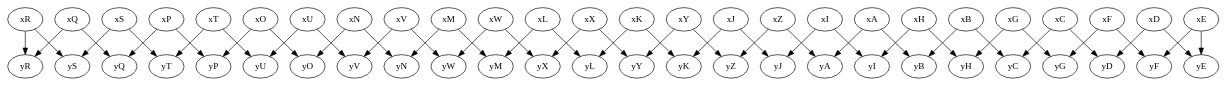
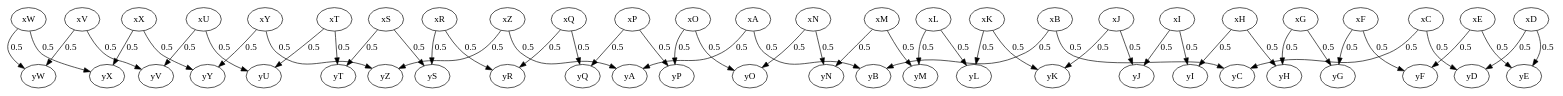
Before and after one commit to dilawar/Courses: the diagram in InformationTheory2015/Assignment04/channel_textbook.dot, drawn with Graphviz. The commit also changed 4 other files, not shown here.

```diff
--- a/InformationTheory2015/Assignment04/channel_textbook.dot
+++ b/InformationTheory2015/Assignment04/channel_textbook.dot
@@ -1,28 +1,28 @@
 digraph channel {
-    xA -> yA, yB [ prob = 0.5 ];
-    xB -> yB, yC [ prob = 0.5 ];
-    xC -> yC, yD [ prob = 0.5 ];
-    xD -> yD, yE [ prob = 0.5 ];
-    xE -> yE, yF [ prob = 0.5 ];
-    xF -> yF, yG [ prob = 0.5 ];
-    xG -> yG, yH [ prob = 0.5 ];
-    xH -> yH, yI [ prob = 0.5 ];
-    xI -> yI, yJ [ prob = 0.5 ];
-    xJ -> yJ, yK [ prob = 0.5 ];
-    xK -> yK, yL [ prob = 0.5 ];
-    xL -> yL, yM [ prob = 0.5 ];
-    xM -> yM, yN [ prob = 0.5 ];
-    xN -> yN, yO [ prob = 0.5 ];
-    xO -> yO, yP [ prob = 0.5 ];
-    xP -> yP, yQ [ prob = 0.5 ];
-    xQ -> yQ, yR [ prob = 0.5 ];
-    xR -> yR, yS [ prob = 0.5 ];
-    xS -> yS, yT [ prob = 0.5 ];
-    xT -> yT, yU [ prob = 0.5 ];
-    xU -> yU, yV [ prob = 0.5 ];
-    xV -> yV, yW [ prob = 0.5 ];
-    xW -> yW, yX [ prob = 0.5 ];
-    xX -> yX, yY [ prob = 0.5 ];
-    xY -> yY, yZ [ prob = 0.5 ];
-    xZ -> yZ, yA [ prob = 0.5 ];
+    xA -> yA, yB [ label = 0.5 ];
+    xB -> yB, yC [ label = 0.5 ];
+    xC -> yC, yD [ label = 0.5 ];
+    xD -> yD, yE [ label = 0.5 ];
+    xE -> yE, yF [ label = 0.5 ];
+    xF -> yF, yG [ label = 0.5 ];
+    xG -> yG, yH [ label = 0.5 ];
+    xH -> yH, yI [ label = 0.5 ];
+    xI -> yI, yJ [ label = 0.5 ];
+    xJ -> yJ, yK [ label = 0.5 ];
+    xK -> yK, yL [ label = 0.5 ];
+    xL -> yL, yM [ label = 0.5 ];
+    xM -> yM, yN [ label = 0.5 ];
+    xN -> yN, yO [ label = 0.5 ];
+    xO -> yO, yP [ label = 0.5 ];
+    xP -> yP, yQ [ label = 0.5 ];
+    xQ -> yQ, yR [ label = 0.5 ];
+    xR -> yR, yS [ label = 0.5 ];
+    xS -> yS, yT [ label = 0.5 ];
+    xT -> yT, yU [ label = 0.5 ];
+    xU -> yU, yV [ label = 0.5 ];
+    xV -> yV, yW [ label = 0.5 ];
+    xW -> yW, yX [ label = 0.5 ];
+    xX -> yX, yY [ label = 0.5 ];
+    xY -> yY, yZ [ label = 0.5 ];
+    xZ -> yZ, yA [ label = 0.5 ];
 }
```
